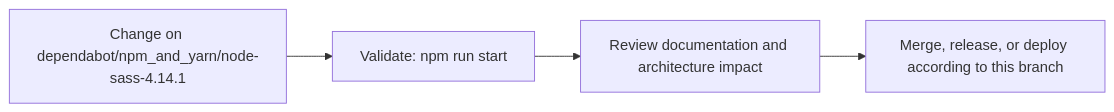
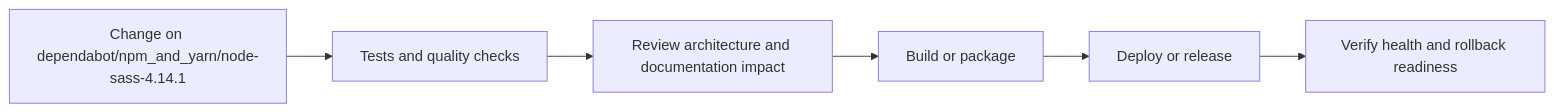
Before and after one commit to Nischhalsubba/wp_Theme_Ronal: the fourth of 5 diagrams in README.md, drawn with Mermaid. The commit also changed other lines of this file, not shown here.

````diff
--- a/README.md
+++ b/README.md
@@ -69,8 +145,8 @@
 ```mermaid
 flowchart LR
-    CHANGE["Change on dependabot/npm_and_yarn/node-sass-4.14.1"]
-    CHECK["Validate: npm run start"]
-    REVIEW["Review documentation and architecture impact"]
-    RELEASE["Merge, release, or deploy according to this branch"]
-    CHANGE --> CHECK --> REVIEW --> RELEASE
+    CHANGE["Change on dependabot/npm_and_yarn/node-sass-4.14.1"] --> CHECK["Tests and quality checks"]
+    CHECK --> REVIEW["Review architecture and documentation impact"]
+    REVIEW --> BUILD["Build or package"]
+    BUILD --> DEPLOY["Deploy or release"]
+    DEPLOY --> VERIFY["Verify health and rollback readiness"]
 ```
````
